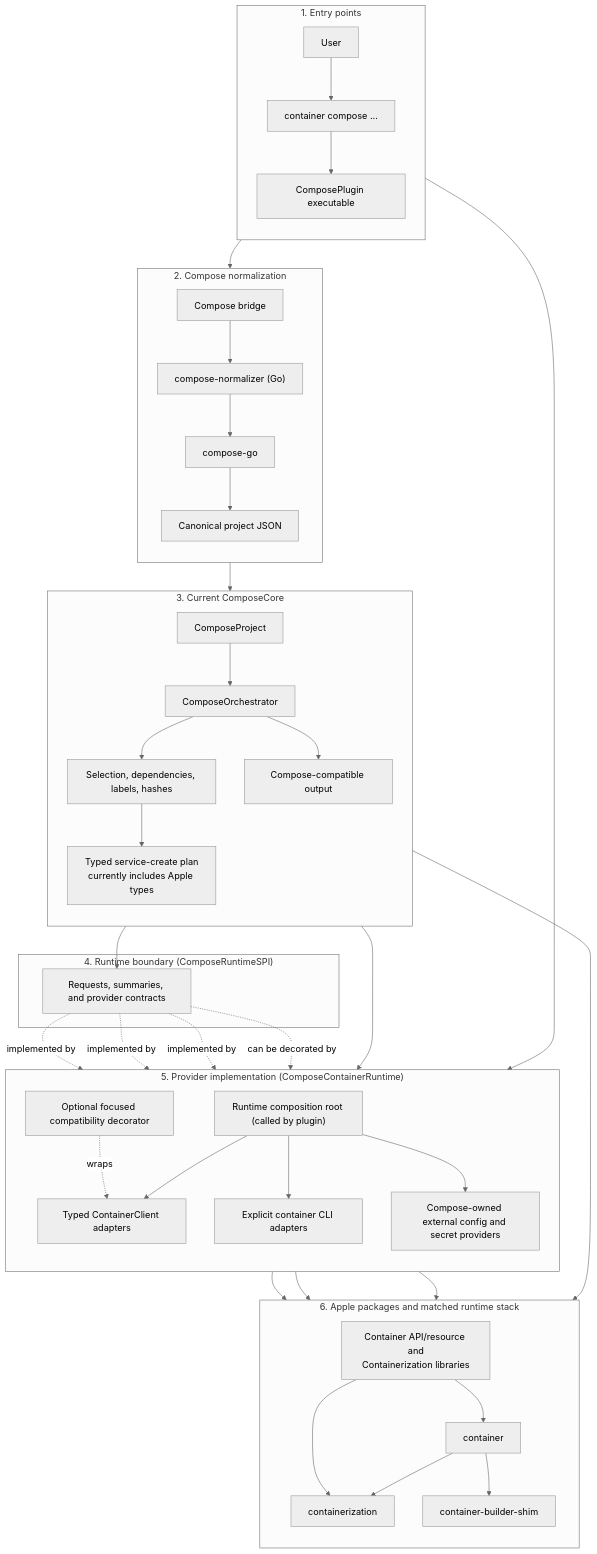
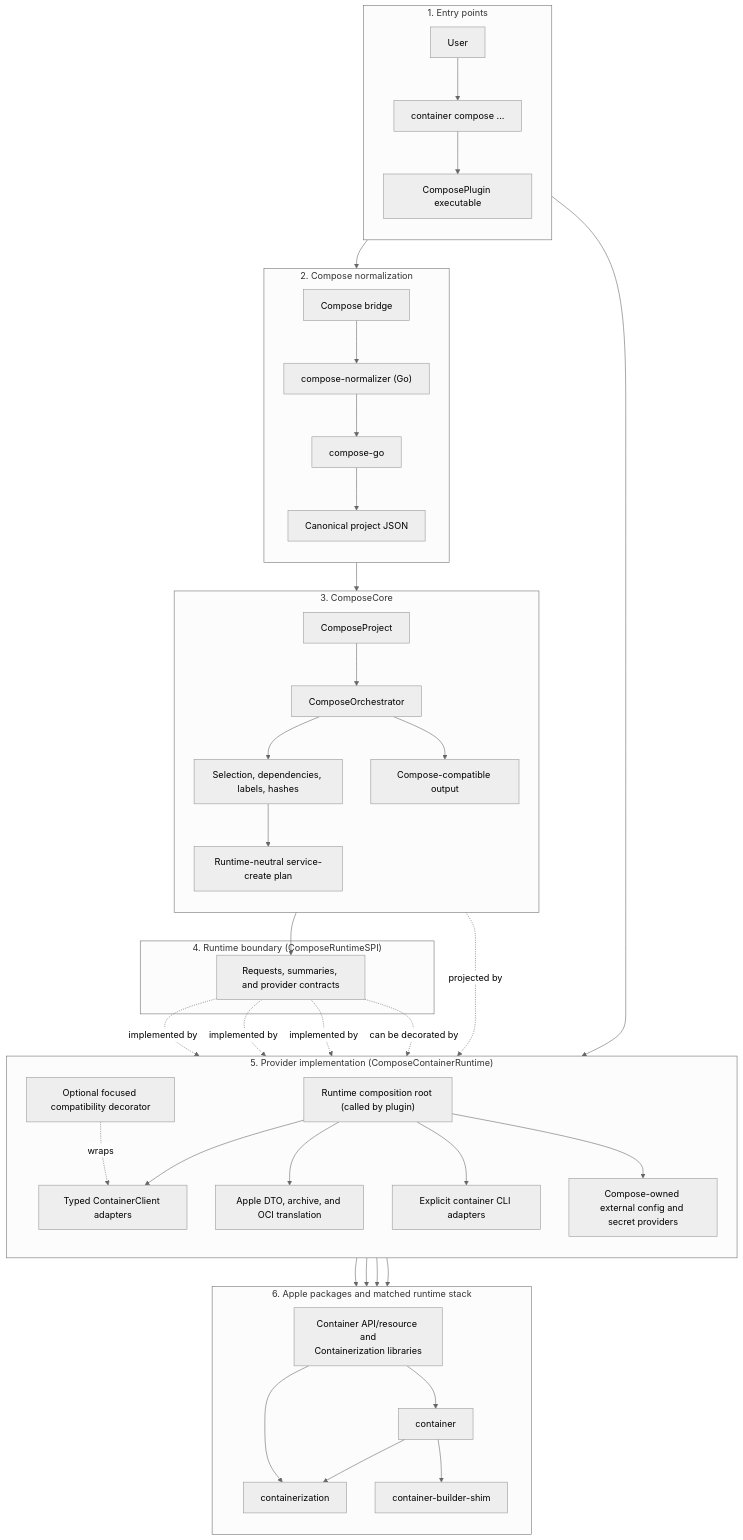
Before and after one commit to stephenlclarke/container-compose: the diagram in DESIGN.md, drawn with Mermaid (neutral theme). The commit also changed other lines of this file and 63 other files, not shown here.

Commit message:
refactor(core): isolate Apple runtime dependencies

````diff
--- a/DESIGN.md
+++ b/DESIGN.md
@@ -133,63 +125,65 @@
 ```mermaid
 flowchart TD
     subgraph Entry["1. Entry points"]
         direction TB
         User["User"] --> ContainerCLI["container compose ..."]
         ContainerCLI --> Plugin["ComposePlugin executable"]
     end
 
     subgraph Normalization["2. Compose normalization"]
         direction TB
         Bridge["Compose bridge"] --> Normalizer["compose-normalizer (Go)"]
         Normalizer --> ComposeGo["compose-go"]
         ComposeGo --> Canonical["Canonical project JSON"]
     end
 
-    subgraph Policy["3. Current ComposeCore"]
+    subgraph Policy["3. ComposeCore"]
         direction TB
         Model["ComposeProject"] --> Orchestrator["ComposeOrchestrator"]
         Orchestrator --> Planner["Selection, dependencies, labels, hashes"]
-        Planner --> CreatePlan["Typed service-create plan\ncurrently includes Apple types"]
+        Planner --> CreatePlan["Runtime-neutral service-create plan"]
         Orchestrator --> Output["Compose-compatible output"]
     end
 
     subgraph Boundary["4. Runtime boundary (ComposeRuntimeSPI)"]
         SPI["Requests, summaries, and provider contracts"]
     end
 
     subgraph Providers["5. Provider implementation (ComposeContainerRuntime)"]
         direction TB
         Composition["Runtime composition root (called by plugin)"]
         Direct["Typed ContainerClient adapters"]
+        Translation["Apple DTO, archive, and OCI translation"]
         Command["Explicit container CLI adapters"]
         LocalStores["Compose-owned external config and secret providers"]
         Decorator["Optional focused compatibility decorator"]
         Composition --> Direct
+        Composition --> Translation
         Composition --> Command
         Composition --> LocalStores
     end
 
     subgraph Runtime["6. Apple packages and matched runtime stack"]
         direction TB
         AppleProducts["Container API/resource and\nContainerization libraries"]
         Container["container"] --> Containerization["containerization"]
         Container --> Builder["container-builder-shim"]
         AppleProducts --> Container
         AppleProducts --> Containerization
     end
 
     Plugin --> Bridge
     Plugin --> Composition
     Canonical --> Model
     Orchestrator --> SPI
-    Orchestrator --> AppleProducts
     SPI -. "implemented by" .-> Direct
     SPI -. "implemented by" .-> Command
     SPI -. "implemented by" .-> LocalStores
     SPI -. "can be decorated by" .-> Decorator
     Decorator -. "wraps" .-> Direct
-    CreatePlan --> Command
+    CreatePlan -. "projected by" .-> Translation
+    Translation --> AppleProducts
     Direct --> Container
     Command --> Container
     Decorator --> Container
 ```
````
